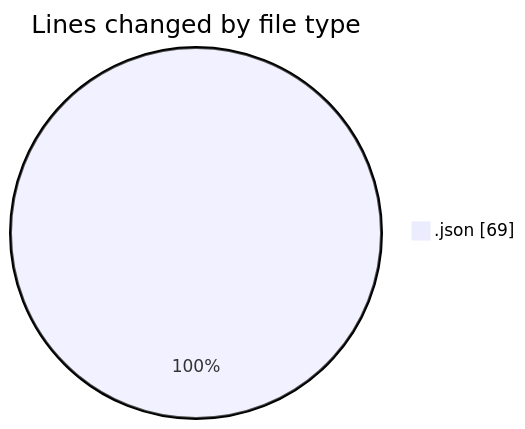
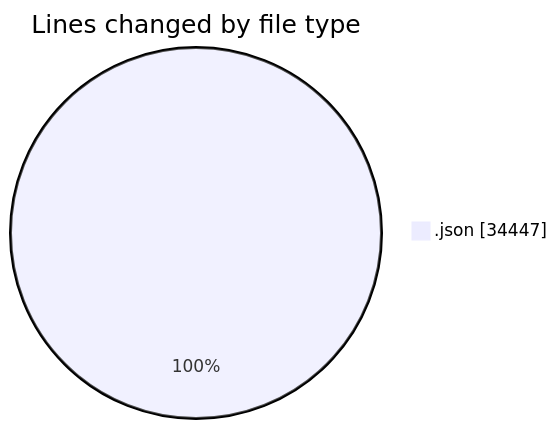
Before and after one commit to lephambinh05/code-tracking: the first of 2 diagrams in 2025-07-11/eduwallet-main/README.md, drawn with Mermaid. The commit also changed other lines of this file and 1 other file, not shown here.

````diff
--- a/2025-07-11/eduwallet-main/README.md
+++ b/2025-07-11/eduwallet-main/README.md
@@ -20,5 +21,5 @@
 ```mermaid
 pie showData
 title Lines changed by file type
-".json" : 69
+".json" : 34447
 ```
````
